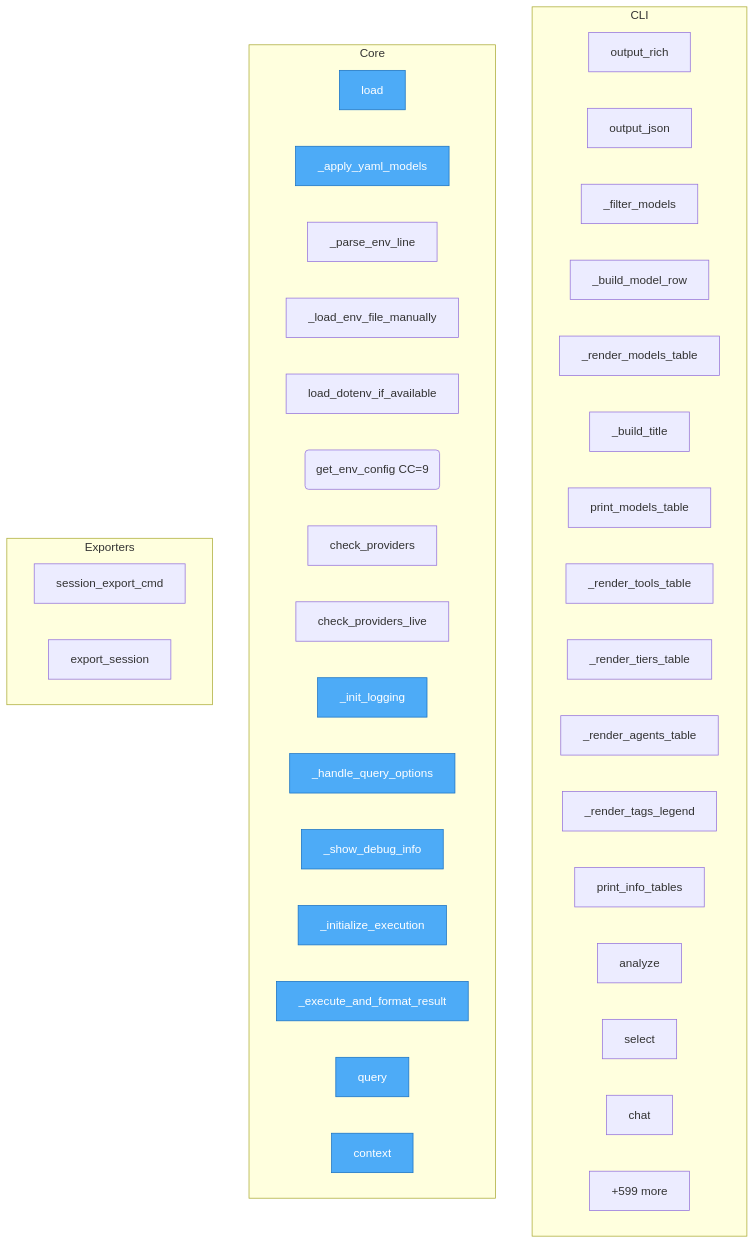
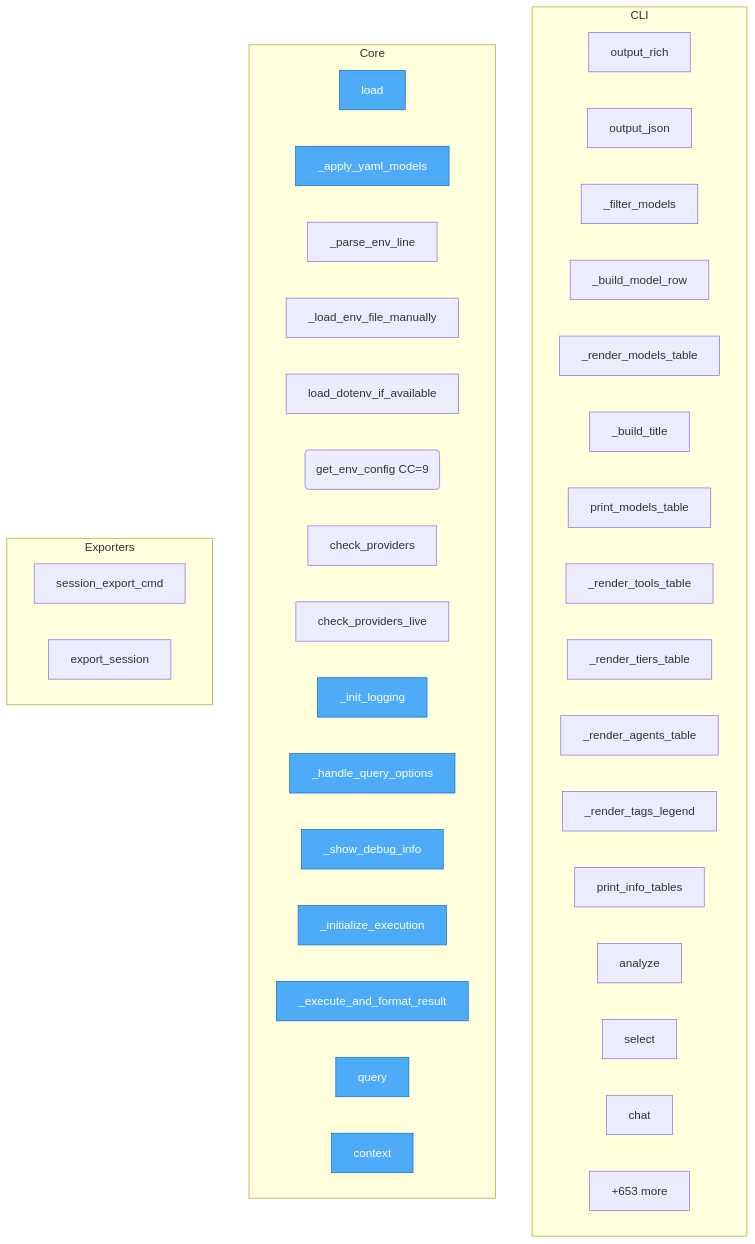
The diagram in project/flow.mmd (semcod/llx), drawn with Mermaid before and after one commit. The commit also changed 32 other files, not shown here.

```diff
--- a/project/flow.mmd
+++ b/project/flow.mmd
@@ -1,49 +1,49 @@
 flowchart TD
 
     %% Entry points (blue)
     classDef entry fill:#4dabf7,stroke:#1971c2,color:#fff
 
     subgraph CLI
         llx__cli__formatters__output_rich["output_rich"]
         llx__cli__formatters__output_json["output_json"]
         llx__cli__formatters___filter_models["_filter_models"]
         llx__cli__formatters___build_model_row["_build_model_row"]
         llx__cli__formatters___render_models_table["_render_models_table"]
         llx__cli__formatters___build_title["_build_title"]
         llx__cli__formatters__print_models_table["print_models_table"]
         llx__cli__formatters___render_tools_table["_render_tools_table"]
         llx__cli__formatters___render_tiers_table["_render_tiers_table"]
         llx__cli__formatters___render_agents_table["_render_agents_table"]
         llx__cli__formatters___render_tags_legend["_render_tags_legend"]
         llx__cli__formatters__print_info_tables["print_info_tables"]
         llx__cli__app__analyze["analyze"]
         llx__cli__app__select["select"]
         llx__cli__app__chat["chat"]
         ...["+11 more"]
     end
 
     subgraph Core
         llx__config__LlxConfig__load["load"]
         llx__config___apply_yaml_models["_apply_yaml_models"]
         llx__prellm__env_config___parse_env_line["_parse_env_line"]
         llx__prellm__env_config___load_env_file_manually["_load_env_file_manually"]
         llx__prellm__env_config__load_dotenv_if_available["load_dotenv_if_available"]
         llx__prellm__env_config__get_env_config("get_env_config CC=9")
         llx__prellm__env_config__check_providers["check_providers"]
         llx__prellm__env_config__check_providers_live["check_providers_live"]
         llx__prellm__cli___init_logging["_init_logging"]
         llx__prellm__cli___handle_query_options["_handle_query_options"]
         llx__prellm__cli___show_debug_info["_show_debug_info"]
         llx__prellm__cli___initialize_execution["_initialize_execution"]
         llx__prellm__cli___execute_and_format_result["_execute_and_format_result"]
         llx__prellm__cli__query["query"]
         llx__prellm__cli__context["context"]
-        ...["+599 more"]
+        ...["+653 more"]
     end
 
     subgraph Exporters
         llx__prellm__cli__session_export_cmd["session_export_cmd"]
-        llx__UserMemory__export_session["export_session"]
+        llx__prellm__context__user_memory__UserMemory__export_session["export_session"]
     end
 
     class llx__config__LlxConfig__load,llx__config___apply_yaml_models,llx__prellm__cli___init_logging,llx__prellm__cli___handle_query_options,llx__prellm__cli___show_debug_info,llx__prellm__cli___initialize_execution,llx__prellm__cli___execute_and_format_result,llx__prellm__cli__query,llx__prellm__cli__context,llx__prellm__cli__process entry
```
